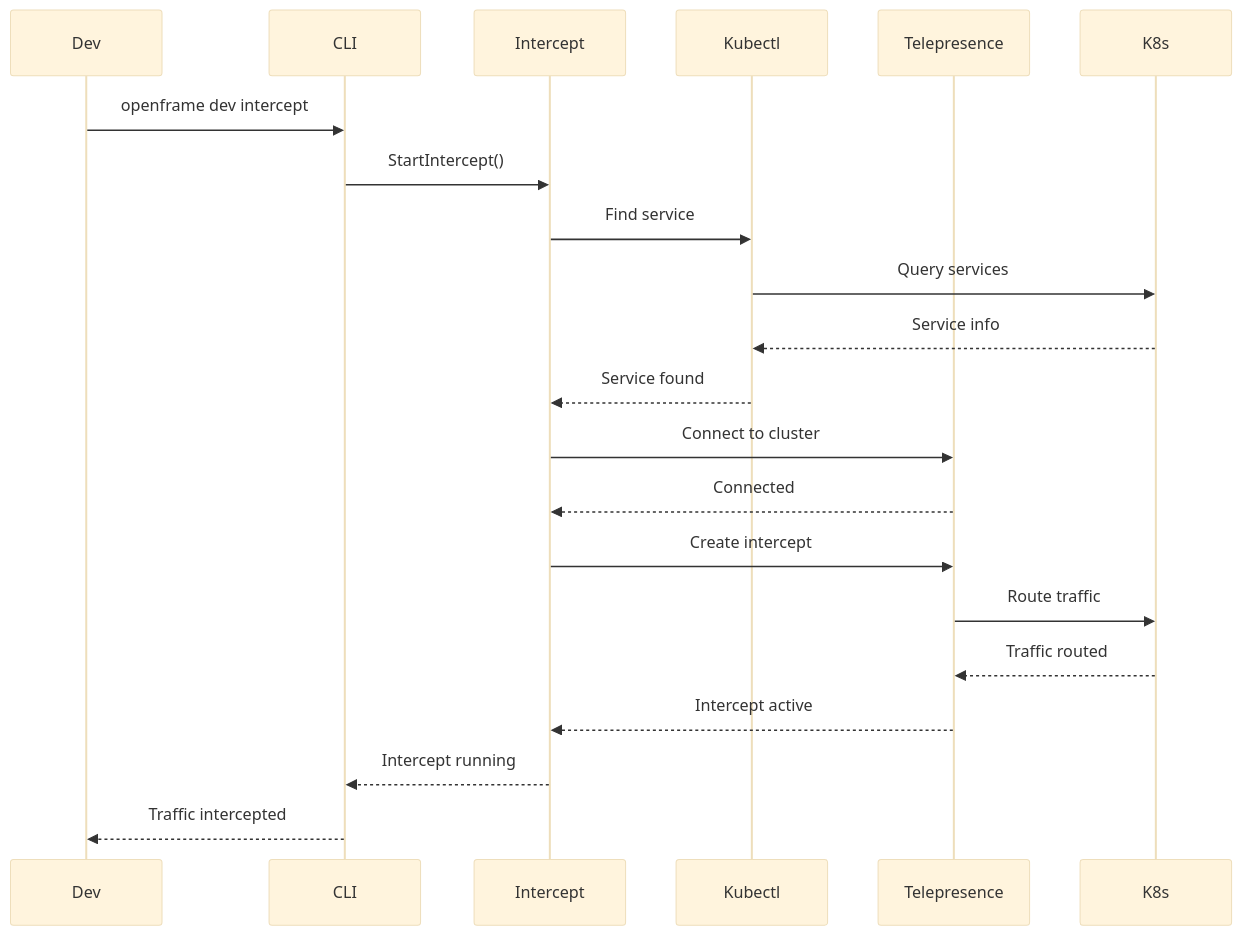
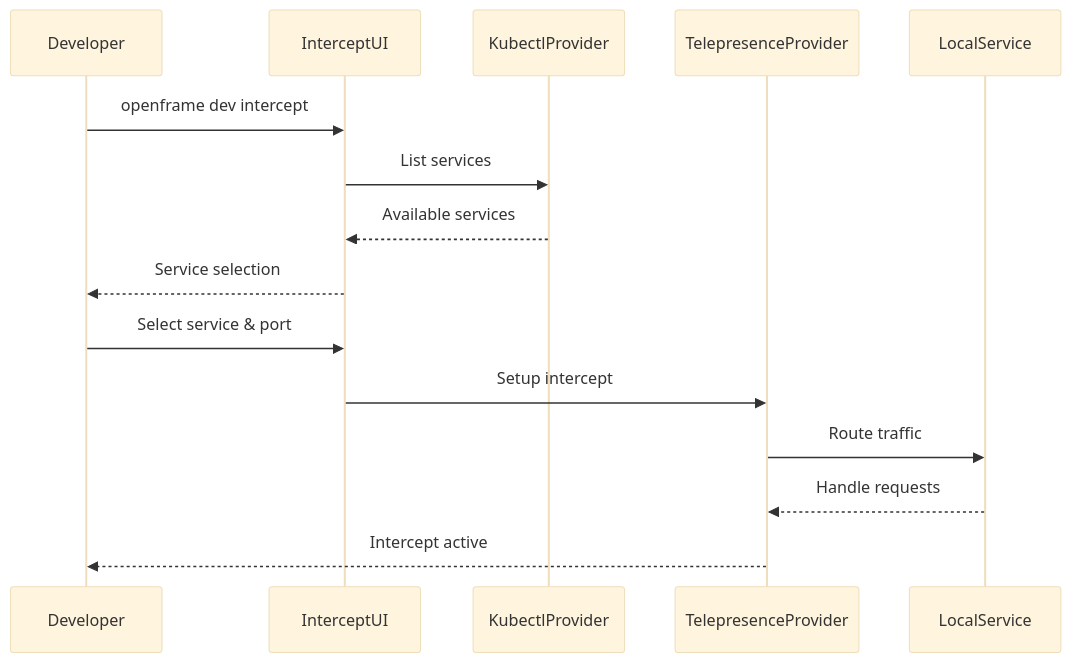
Before and after one commit to flamingo-stack/openframe-cli: the fourth of 4 diagrams in docs/reference/architecture/overview.md, drawn with Mermaid (base theme). The commit also changed other lines of this file and 5 other files, not shown here.

````diff
--- a/docs/reference/architecture/overview.md
+++ b/docs/reference/architecture/overview.md
@@ -156,26 +158,18 @@
 ```mermaid
 sequenceDiagram
-    participant Dev
-    participant CLI
-    participant Intercept
-    participant Kubectl
-    participant Telepresence
-    participant K8s
+    participant Developer
+    participant InterceptUI
+    participant KubectlProvider
+    participant TelepresenceProvider
+    participant LocalService
     
-    Dev->>CLI: openframe dev intercept
-    CLI->>Intercept: StartIntercept()
-    Intercept->>Kubectl: Find service
-    Kubectl->>K8s: Query services
-    K8s-->>Kubectl: Service info
-    Kubectl-->>Intercept: Service found
-    
-    Intercept->>Telepresence: Connect to cluster
-    Telepresence-->>Intercept: Connected
-    Intercept->>Telepresence: Create intercept
-    Telepresence->>K8s: Route traffic
-    K8s-->>Telepresence: Traffic routed
-    Telepresence-->>Intercept: Intercept active
-    
-    Intercept-->>CLI: Intercept running
-    CLI-->>Dev: Traffic intercepted
+    Developer->>InterceptUI: openframe dev intercept
+    InterceptUI->>KubectlProvider: List services
+    KubectlProvider-->>InterceptUI: Available services
+    InterceptUI-->>Developer: Service selection
+    Developer->>InterceptUI: Select service & port
+    InterceptUI->>TelepresenceProvider: Setup intercept
+    TelepresenceProvider->>LocalService: Route traffic
+    LocalService-->>TelepresenceProvider: Handle requests
+    TelepresenceProvider-->>Developer: Intercept active
 ```
````
